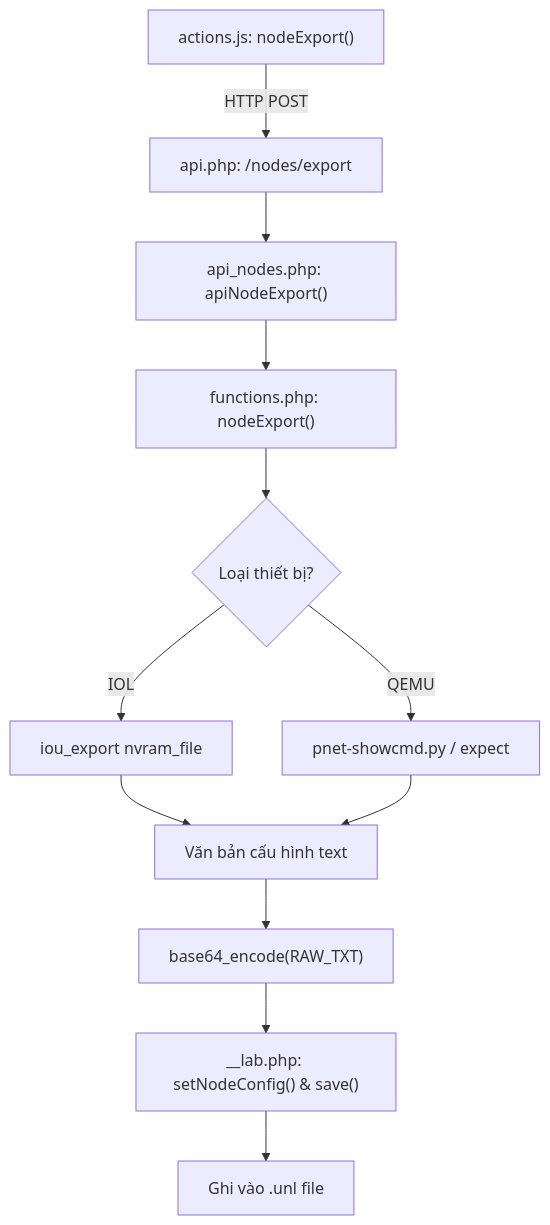
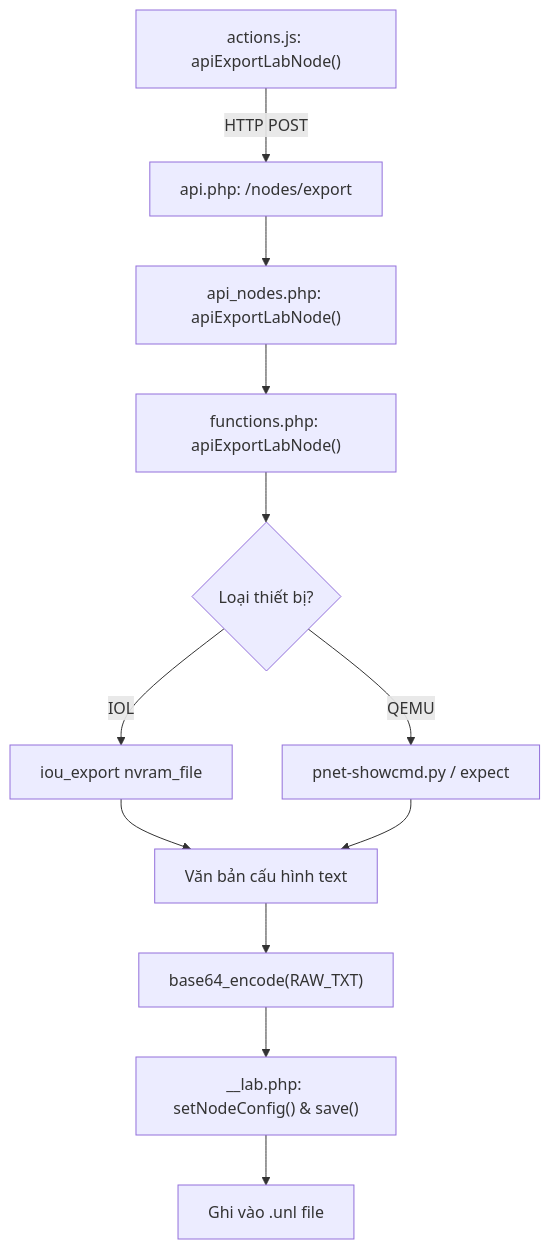
Before and after one commit to Luuxinhxinh/pnet-v8: the diagram in docs/03-diagrams/f05-node-export-config-callgraph.md, drawn with Mermaid. The commit also changed 39 other files, not shown here.

````diff
--- a/docs/03-diagrams/f05-node-export-config-callgraph.md
+++ b/docs/03-diagrams/f05-node-export-config-callgraph.md
@@ -9,14 +9,14 @@
 ```mermaid
 graph TD
-    UI["actions.js: nodeExport()"] -->|HTTP POST| API["api.php: /nodes/export"]
-    API --> NODE_API["api_nodes.php: apiNodeExport()"]
-    NODE_API --> FUNC_EXP["functions.php: nodeExport()"]
+    UI["actions.js: apiExportLabNode()"] -->|HTTP POST| API["api.php: /nodes/export"]
+    API --> NODE_API["api_nodes.php: apiExportLabNode()"]
+    NODE_API --> FUNC_EXP["functions.php: apiExportLabNode()"]
     FUNC_EXP --> TYPE_CHECK{"Loại thiết bị?"}
     TYPE_CHECK -- IOL --> IOU_EXP["iou_export nvram_file"]
     TYPE_CHECK -- QEMU --> TELNET_SCRIPTER["pnet-showcmd.py / expect"]
     IOU_EXP --> RAW_TXT["Văn bản cấu hình text"]
     TELNET_SCRIPTER --> RAW_TXT
     RAW_TXT --> B64["base64_encode(RAW_TXT)"]
     B64 --> LAB_SAVE["__lab.php: setNodeConfig() & save()"]
     LAB_SAVE --> FS_UNL["Ghi vào .unl file"]
 ```
````
